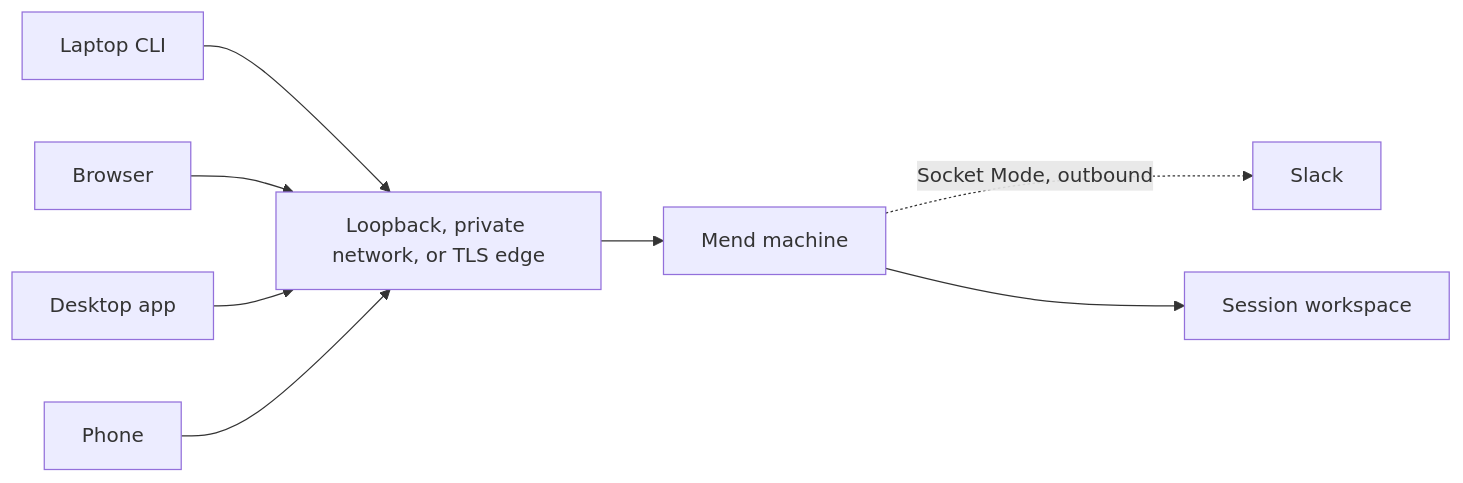
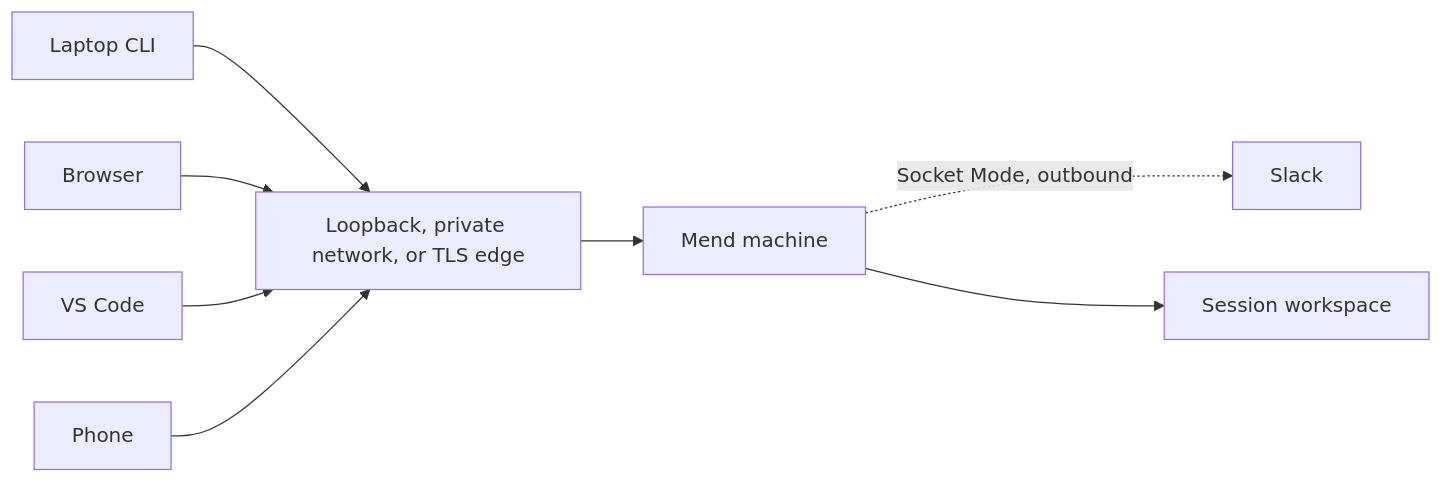
Before and after one commit to sealant-sh/mend: the diagram in apps/docs/src/content/docs/guides/remote-access.md, drawn with Mermaid. The commit also changed other lines of this file and 45 other files, not shown here.

````diff
--- a/apps/docs/src/content/docs/guides/remote-access.md
+++ b/apps/docs/src/content/docs/guides/remote-access.md
@@ -13,18 +13,18 @@
 ```mermaid
 flowchart LR
   laptop[Laptop CLI]
   browser[Browser]
-  desktop[Desktop app]
+  vscode[VS Code]
   phone[Phone]
   slack[Slack]
   path[Loopback, private network, or TLS edge]
   mend[Mend machine]
   session[Session workspace]
 
   laptop --> path
   browser --> path
-  desktop --> path
+  vscode --> path
   phone --> path
   mend -. Socket Mode, outbound .-> slack
   path --> mend --> session
 ```
````
